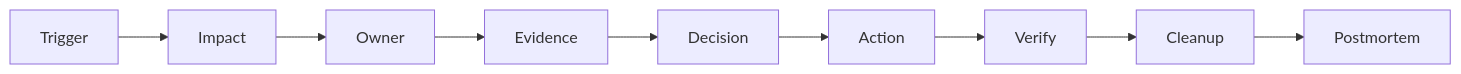
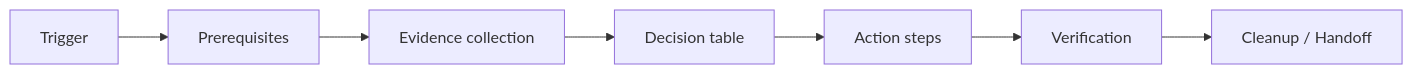
Before and after one commit to niceguy61/kdt_devops_lecture_2026_rev2: the diagram in week5/day5/lesson-06.md, drawn with Mermaid. The commit also changed other lines of this file and 12 other files, not shown here.

````diff
--- a/week5/day5/lesson-06.md
+++ b/week5/day5/lesson-06.md
@@ -24,11 +33,9 @@
 ```mermaid
 flowchart LR
-  Trigger["Trigger"] --> Impact["Impact"]
-  Impact --> Owner["Owner"]
-  Owner --> Evidence["Evidence"]
-  Evidence --> Decision["Decision"]
-  Decision --> Action["Action"]
-  Action --> Verify["Verify"]
-  Verify --> Cleanup["Cleanup"]
-  Cleanup --> Review["Postmortem"]
+  Trigger["Trigger"] --> Preconditions["Prerequisites"]
+  Preconditions --> Evidence["Evidence collection"]
+  Evidence --> Decision["Decision table"]
+  Decision --> Action["Action steps"]
+  Action --> Verify["Verification"]
+  Verify --> Cleanup["Cleanup / Handoff"]
 ```
````
